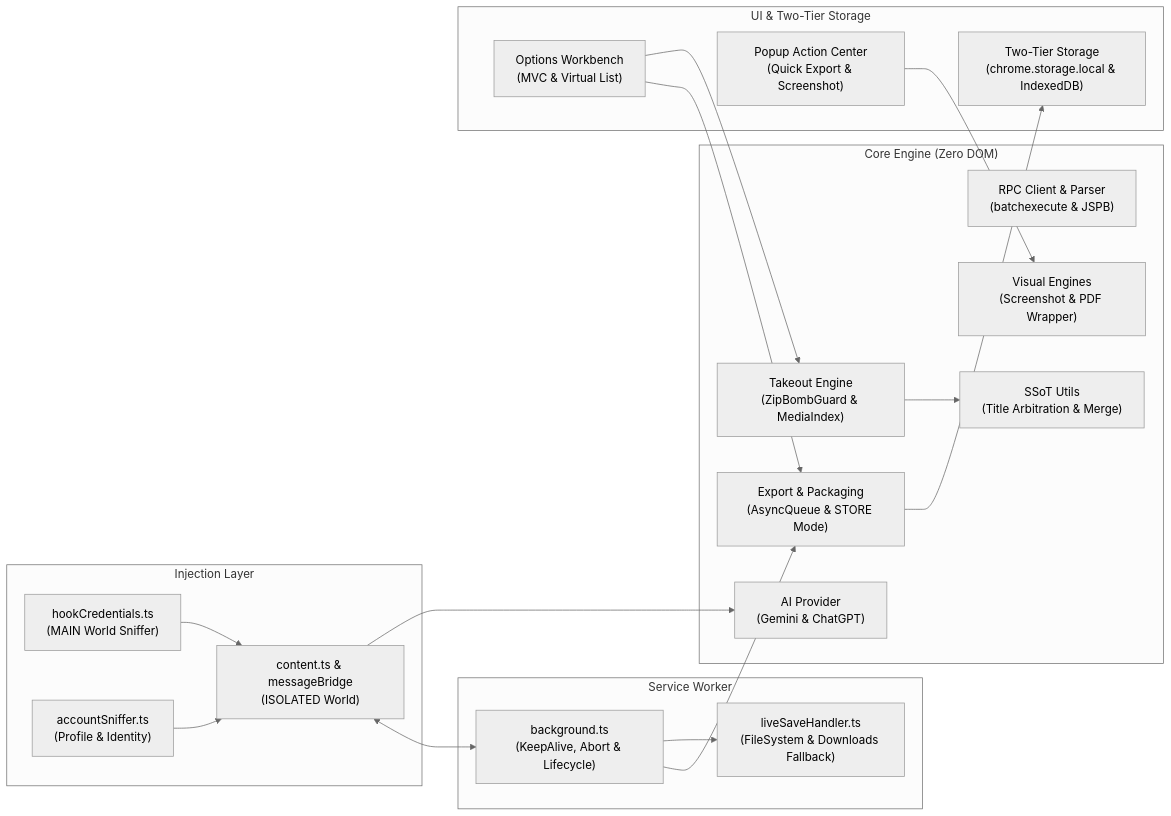
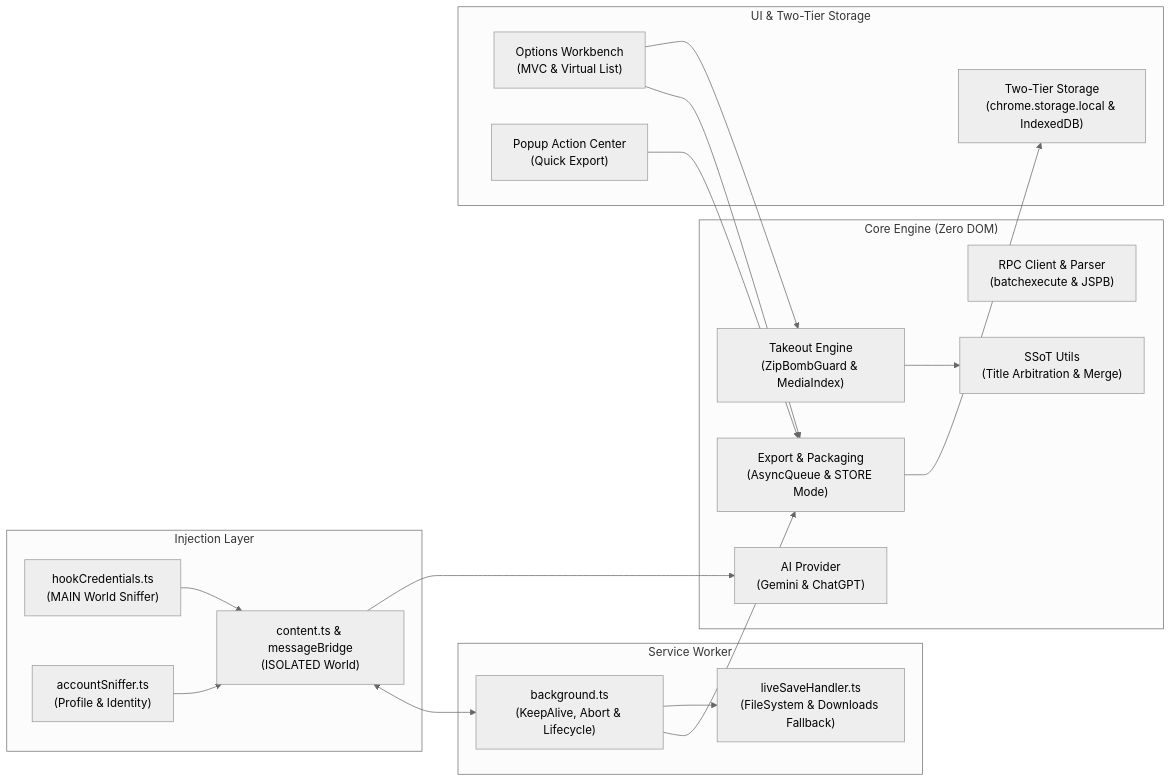
Before and after one commit to OTLFrostA/gemini-exporter: the diagram in README.md, drawn with Mermaid (neutral theme). The commit also changed other lines of this file and 14 other files, not shown here.

Commit message:
refactor(popup): remove screenshot and pdf export features (#489)

````diff
--- a/README.md
+++ b/README.md
@@ -68,40 +65,39 @@
 ```mermaid
 graph LR
     subgraph Injection ["Injection Layer"]
         HOOK["hookCredentials.ts<br/>(MAIN World Sniffer)"]
         SNIFFER["accountSniffer.ts<br/>(Profile & Identity)"]
         CS["content.ts & messageBridge<br/>(ISOLATED World)"]
     end
 
     subgraph ServiceWorker ["Service Worker"]
         SW["background.ts<br/>(KeepAlive, Abort & Lifecycle)"]
         LH["liveSaveHandler.ts<br/>(FileSystem & Downloads Fallback)"]
     end
 
     subgraph CoreEngine ["Core Engine (Zero DOM)"]
         PROV["AI Provider<br/>(Gemini & ChatGPT)"]
         API["RPC Client & Parser<br/>(batchexecute & JSPB)"]
         ENG["Export & Packaging<br/>(AsyncQueue & STORE Mode)"]
         TAKEOUT["Takeout Engine<br/>(ZipBombGuard & MediaIndex)"]
-        MEDIA["Visual Engines<br/>(Screenshot & PDF Wrapper)"]
         SSOT["SSoT Utils<br/>(Title Arbitration & Merge)"]
     end
 
     subgraph Presentation ["UI & Two-Tier Storage"]
         WORKBENCH["Options Workbench<br/>(MVC & Virtual List)"]
-        POPUP["Popup Action Center<br/>(Quick Export & Screenshot)"]
+        POPUP["Popup Action Center<br/>(Quick Export)"]
         STORAGE["Two-Tier Storage<br/>(chrome.storage.local & IndexedDB)"]
     end
 
     HOOK --> CS
     SNIFFER --> CS
     CS <--> SW
     CS --> PROV
     SW --> ENG
     SW --> LH
     WORKBENCH --> ENG
     WORKBENCH --> TAKEOUT
-    POPUP --> MEDIA
+    POPUP --> ENG
     ENG --> STORAGE
     TAKEOUT --> SSOT
 ```
````
